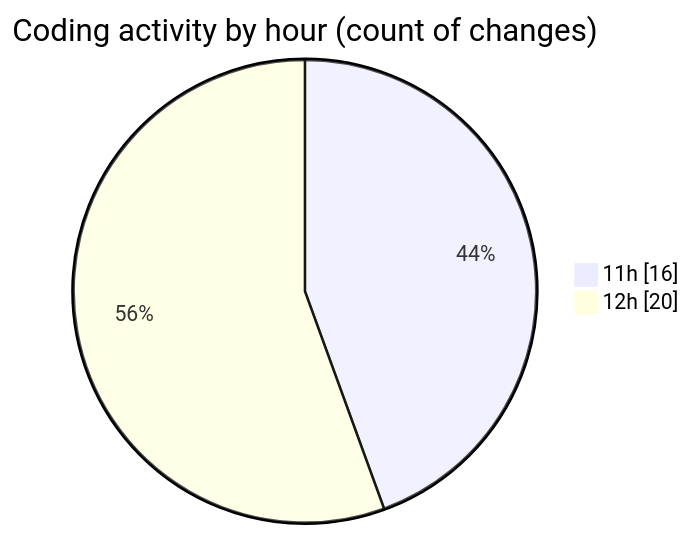
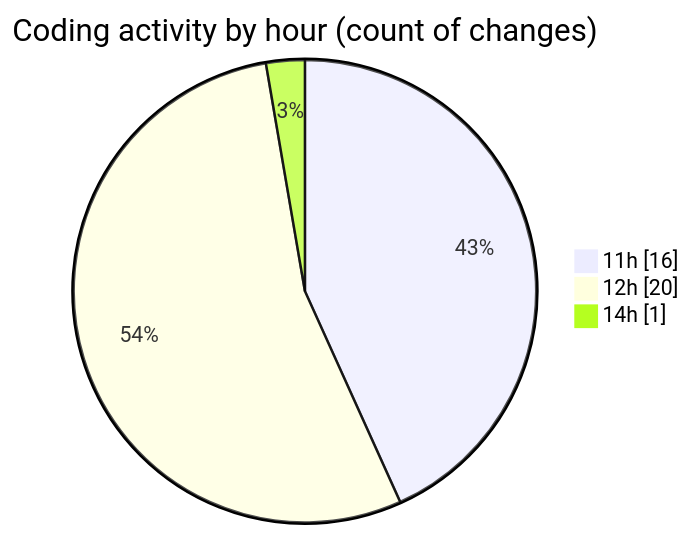
One commit to Netris89/code-tracking changed the second of 2 diagrams in 2025-03-26/back-end/README.md. Above: the diagram before and after it, drawn with Mermaid. The commit also changed other lines of this file and 1 other file, not shown here.

````diff
--- a/2025-03-26/back-end/README.md
+++ b/2025-03-26/back-end/README.md
@@ -44,6 +45,7 @@
 ```mermaid
 pie showData
 title Coding activity by hour (count of changes)
 "11h" : 16
 "12h" : 20
+"14h" : 1
 ```
````
